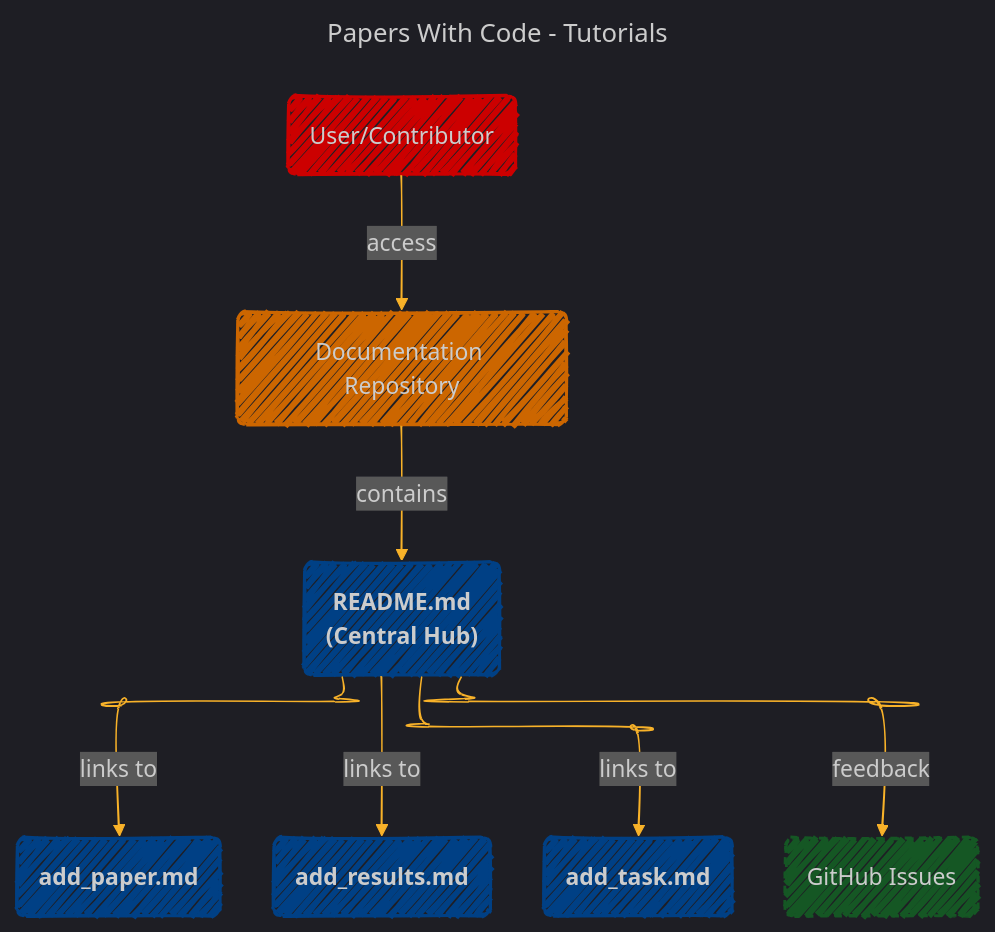
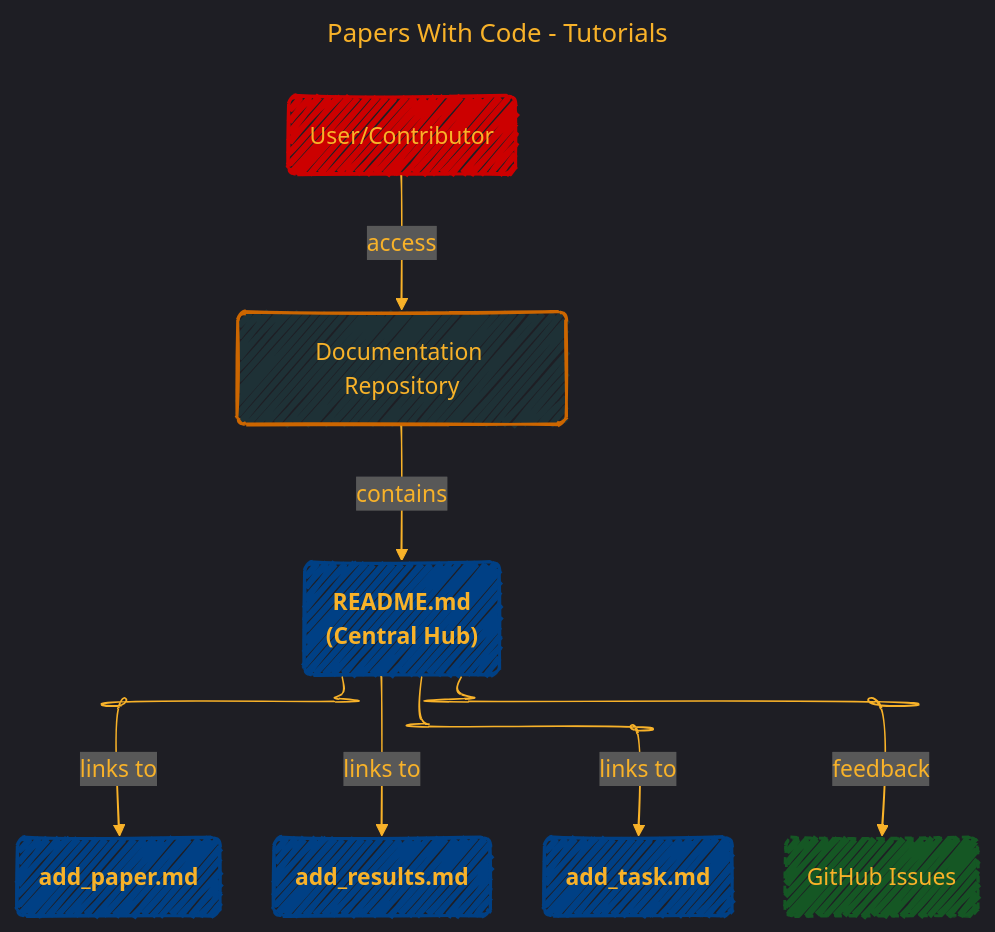
Before and after one commit to CongLeSolutionX/ArchExplorer: the diagram in PAPER_WITH_CODE/paperswithcode-tutorials/paperswithcode-tutorials.md, drawn with Mermaid.

````diff
--- a/PAPER_WITH_CODE/paperswithcode-tutorials/paperswithcode-tutorials.md
+++ b/PAPER_WITH_CODE/paperswithcode-tutorials/paperswithcode-tutorials.md
@@ -39,58 +39,59 @@
 ```mermaid
 ---
 title: "Papers With Code - Tutorials"
 author: "Cong Le"
 version: "1.0"
 license(s): "MIT, CC BY 4.0"
 copyright: "Copyright (c) 2025 Cong Le. All Rights Reserved."
 config:
   layout: elk
   look: handDrawn
   theme: dark
 ---
 %%%%%%%% Mermaid version v11.4.1-b.14
 %%%%%%%% Toggle theme value to `base` to activate the initilization below for the customized theme version.
 %%%%%%%% Available curve styles include the following keywords:
 %% basis, bumpX, bumpY, cardinal, catmullRom, linear, monotoneX, monotoneY, natural, step, stepAfter, stepBefore.
 %%{
   init: {
     "flowchart": {"htmlLabels": true, 'curve': 'natural'},
     'fontFamily': 'Fantasy',
     'themeVariables': {
       'primaryColor': '#f231',
       'primaryTextColor': '#239',
+      'textColor': '#F8B229',
       'primaryBorderColor': '#7c2',
       'lineColor': '#F8B229',
       'secondaryColor': '#006100',
       'tertiaryColor': '#fff'
     }
   }
 }%%
 flowchart TD
     User("User/Contributor"):::contributor
     DR("Documentation Repository"):::repository
     README("<b>README.md<br/>(Central Hub)"):::doc
     AP("<b>add_paper.md</b>"):::doc
     AR("<b>add_results.md</b>"):::doc
     AT("<b>add_task.md</b>"):::doc
     GHI("GitHub Issues"):::external
 
     User -->|"access"| DR
     DR -->|"contains"| README
     README -->|"links to"| AP
     README -->|"links to"| AR
     README -->|"links to"| AT
     README -->|"feedback"| GHI
 
     click DR "https://github.com/paperswithcode/tutorials/tree/main/project root"
     click README "https://github.com/paperswithcode/tutorials/blob/main/README.md"
     click AP "https://github.com/paperswithcode/tutorials/blob/main/add_paper.md"
     click AR "https://github.com/paperswithcode/tutorials/blob/main/add_results.md"
     click AT "https://github.com/paperswithcode/tutorials/blob/main/add_task.md"
 
     classDef contributor fill:#ffccc,stroke:#cc0000,stroke-width:2px
-    classDef repository fill:#ffe6b,stroke:#cc6600,stroke-width:2px
+    classDef repository fill:#2AA2,stroke:#cc6600,stroke-width:2px
     classDef doc fill:#cce5f,stroke:#004085,stroke-width:2px
     classDef external fill:#d4edd,stroke:#155724,stroke-width:2px,stroke-dasharray: 5,5
 
 ```
````
